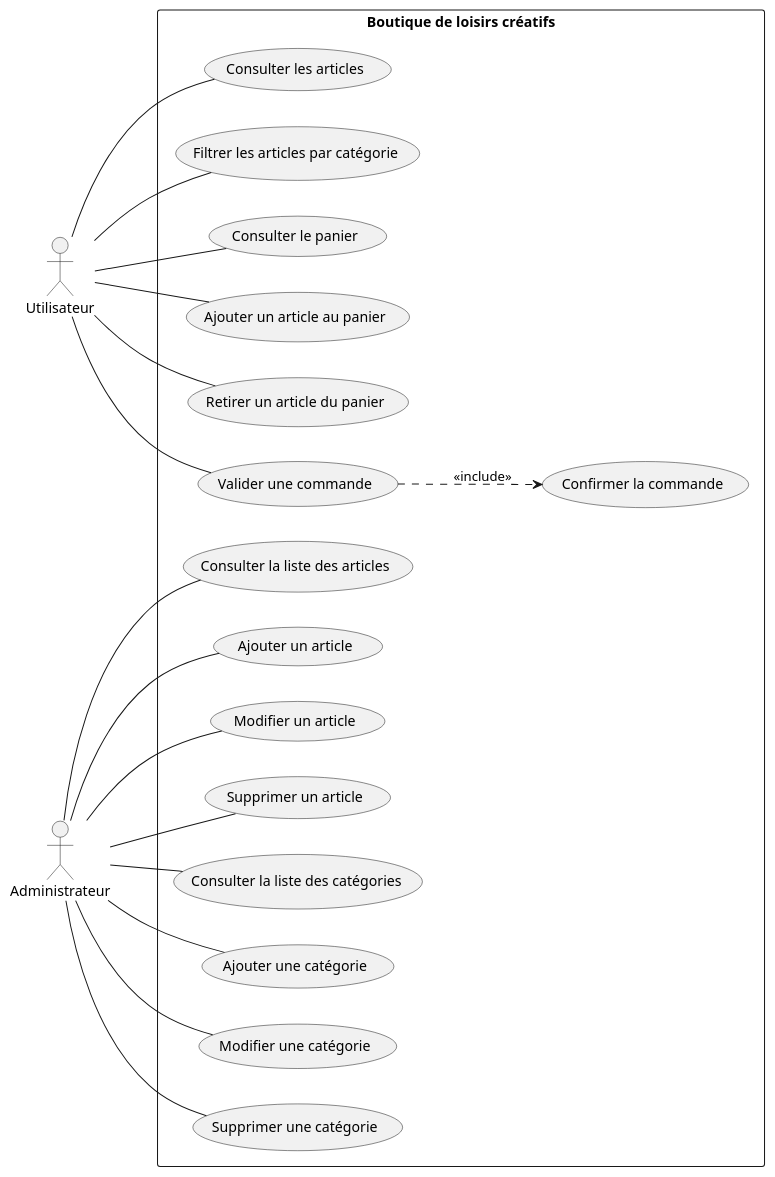
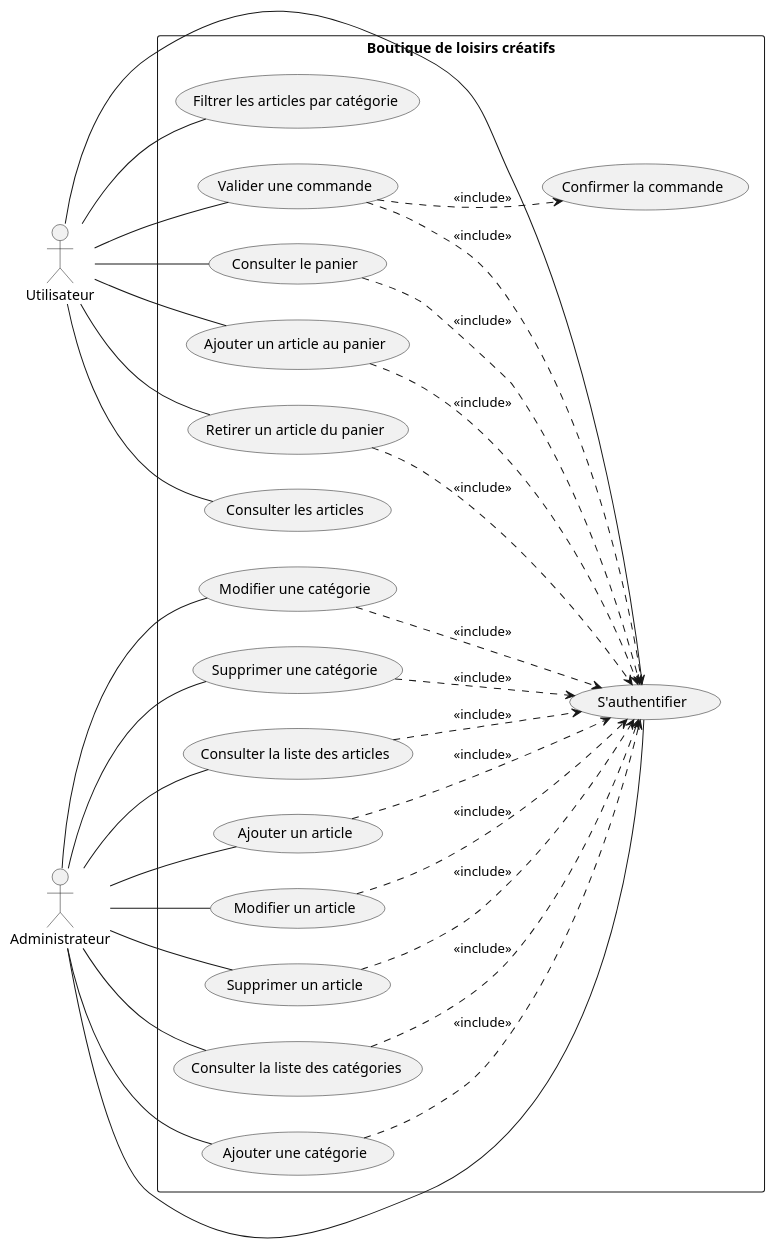
One commit to PinsolleP/Dev-Web-Boutique-en-ligne changed the diagram in conception/useCase.puml. Above: the diagram before and after it, drawn with PlantUML.

Commit message:
Ajout authentification

```diff
--- a/conception/useCase.puml
+++ b/conception/useCase.puml
@@ -1,47 +1,64 @@
 @startuml
 left to right direction
 
 actor "Utilisateur" as U
 actor "Administrateur" as A
 
 rectangle "Boutique de loisirs créatifs" {
     usecase "Consulter les articles" as UC1
     usecase "Filtrer les articles par catégorie" as UC2
     usecase "Consulter le panier" as UC3
     usecase "Ajouter un article au panier" as UC4
     usecase "Retirer un article du panier" as UC5
     usecase "Valider une commande" as UC6
     usecase "Confirmer la commande" as UC7
 
     usecase "Consulter la liste des articles" as UC8
     usecase "Ajouter un article" as UC9
     usecase "Modifier un article" as UC10
     usecase "Supprimer un article" as UC11
     usecase "Consulter la liste des catégories" as UC12
     usecase "Ajouter une catégorie" as UC13
     usecase "Modifier une catégorie" as UC14
     usecase "Supprimer une catégorie" as UC15
+    usecase "S'authentifier" as UC16
 
     UC6 -[hidden]down- UC7
 
 }
 
 U -- UC1
 U -- UC2
 U -- UC3
 U -- UC4
 U -- UC5
 U -- UC6
+U -- UC16
 
 A -- UC8
 A -- UC9
 A -- UC10
 A -- UC11
 A -- UC12
 A -- UC13
 A -- UC14
 A -- UC15
+A -- UC16
 
 UC6 ..> UC7 : <<include>>
 
+UC3 ..> UC16 : <<include>>
+UC4 ..> UC16 : <<include>>
+UC5 ..> UC16 : <<include>>
+UC6 ..> UC16 : <<include>>
+
+UC8 ..> UC16 : <<include>>
+UC9 ..> UC16 : <<include>>
+UC10 ..> UC16 : <<include>>
+UC11 ..> UC16 : <<include>>
+UC12 ..> UC16 : <<include>>
+UC13 ..> UC16 : <<include>>
+UC14 ..> UC16 : <<include>>
+UC15 ..> UC16 : <<include>>
+
 @enduml
```
